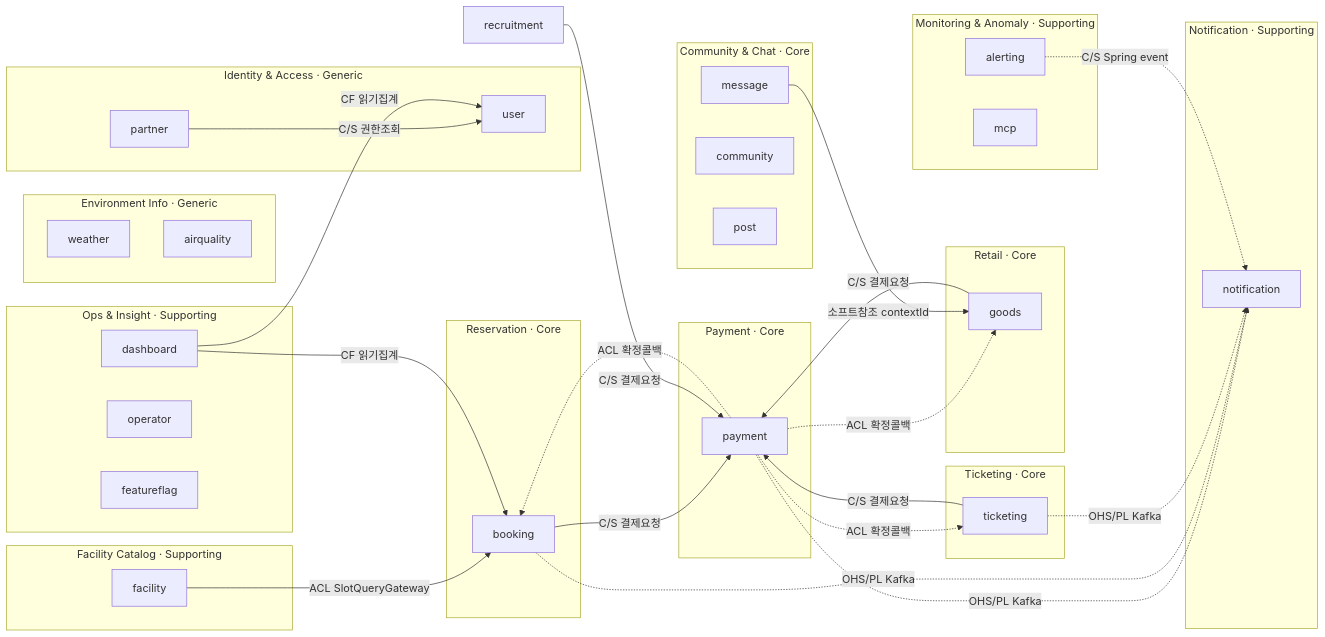
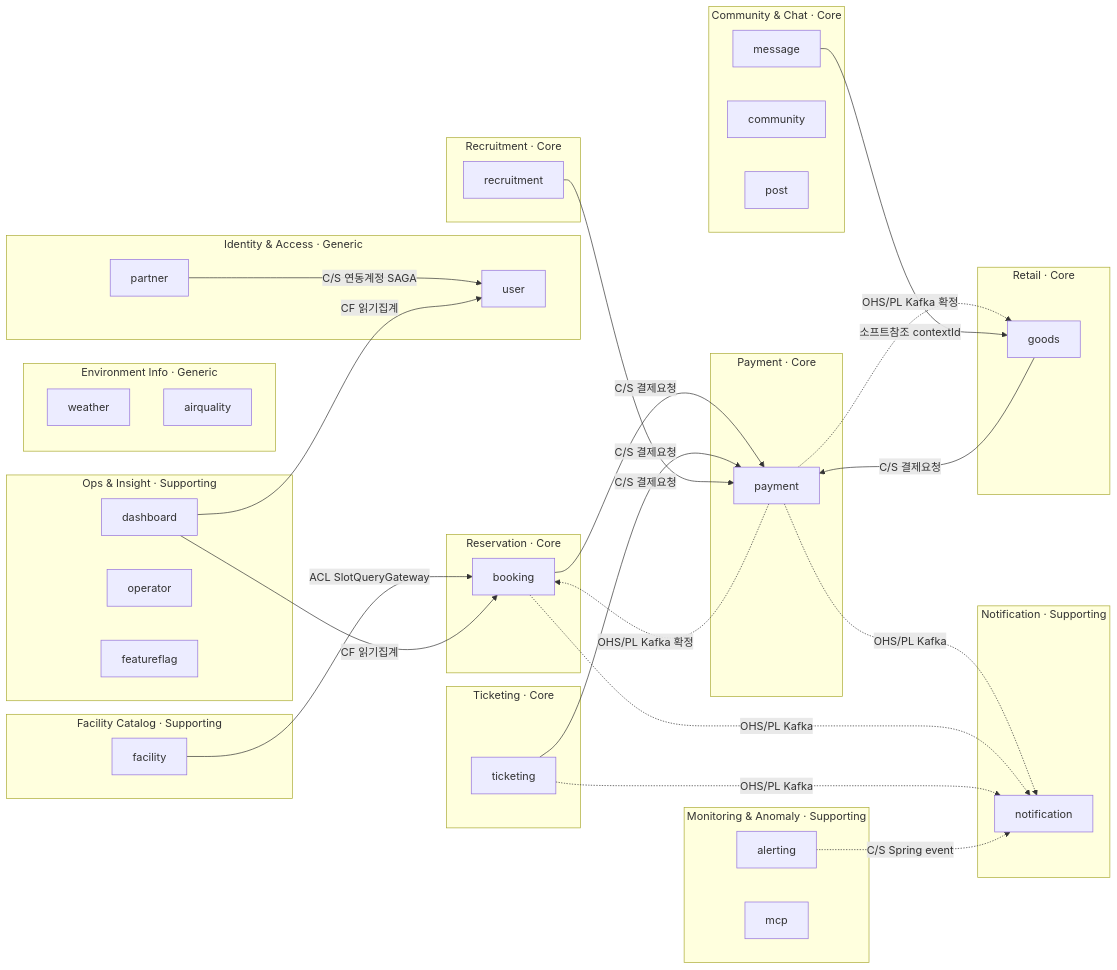
One commit to biuea3866/new-sports-application changed the second of 2 diagrams in docs/domain-context-map.md. Above: the diagram before and after it, drawn with Mermaid. The commit also changed other lines of this file, not shown here.

First line of the commit message:
[PH0-07][no-jira] - docs : 문서 자기모순 해소 — 제거된 확정 콜백 구조를 다이어그램·표제·표에서 정리 (리뷰 p1/p2/p3)

````diff
--- a/docs/domain-context-map.md
+++ b/docs/domain-context-map.md
@@ -141,62 +143,63 @@
 ```mermaid
 flowchart LR
     subgraph IAM["Identity & Access · Generic"]
         user
         partner
     end
     subgraph Reservation["Reservation · Core"]
         booking
     end
     subgraph Retail["Retail · Core"]
         goods
     end
     subgraph Ticketing["Ticketing · Core"]
         ticketing
+    end
+    subgraph Recruit["Recruitment · Core"]
+        recruitment
     end
     subgraph Payment["Payment · Core"]
         payment
     end
     subgraph Notify["Notification · Supporting"]
         notification
     end
     subgraph Anomaly["Monitoring & Anomaly · Supporting"]
         alerting
         mcp
     end
     subgraph Social["Community & Chat · Core"]
         message
         community
         post
     end
     subgraph Catalog["Facility Catalog · Supporting"]
         facility
     end
     subgraph Env["Environment Info · Generic"]
         weather
         airquality
     end
     subgraph Ops["Ops & Insight · Supporting"]
         dashboard
         operator
         featureflag
     end
 
     booking -->|"C/S 결제요청"| payment
     goods -->|"C/S 결제요청"| payment
     ticketing -->|"C/S 결제요청"| payment
-    payment -.->|"ACL 확정콜백"| booking
-    payment -.->|"ACL 확정콜백"| goods
-    payment -.->|"ACL 확정콜백"| ticketing
-
+    payment -.->|"OHS/PL Kafka 확정"| booking
+    payment -.->|"OHS/PL Kafka 확정"| goods
     payment -.->|"OHS/PL Kafka"| notification
     booking -.->|"OHS/PL Kafka"| notification
     ticketing -.->|"OHS/PL Kafka"| notification
     alerting -.->|"C/S Spring event"| notification
 
     facility -->|"ACL SlotQueryGateway"| booking
     recruitment -->|"C/S 결제요청"| payment
-    partner -->|"C/S 권한조회"| user
+    partner -->|"C/S 연동계정 SAGA"| user
     message -->|"소프트참조 contextId"| goods
     dashboard -->|"CF 읽기집계"| booking
     dashboard -->|"CF 읽기집계"| user
 ```
````
